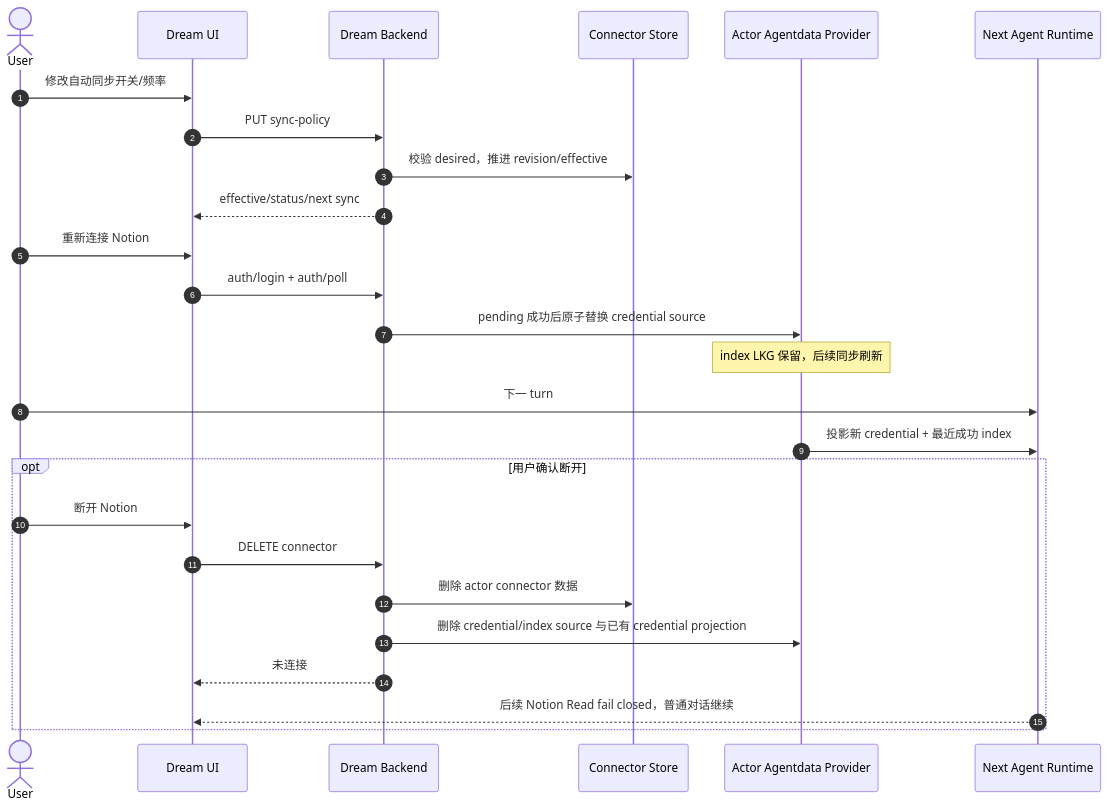
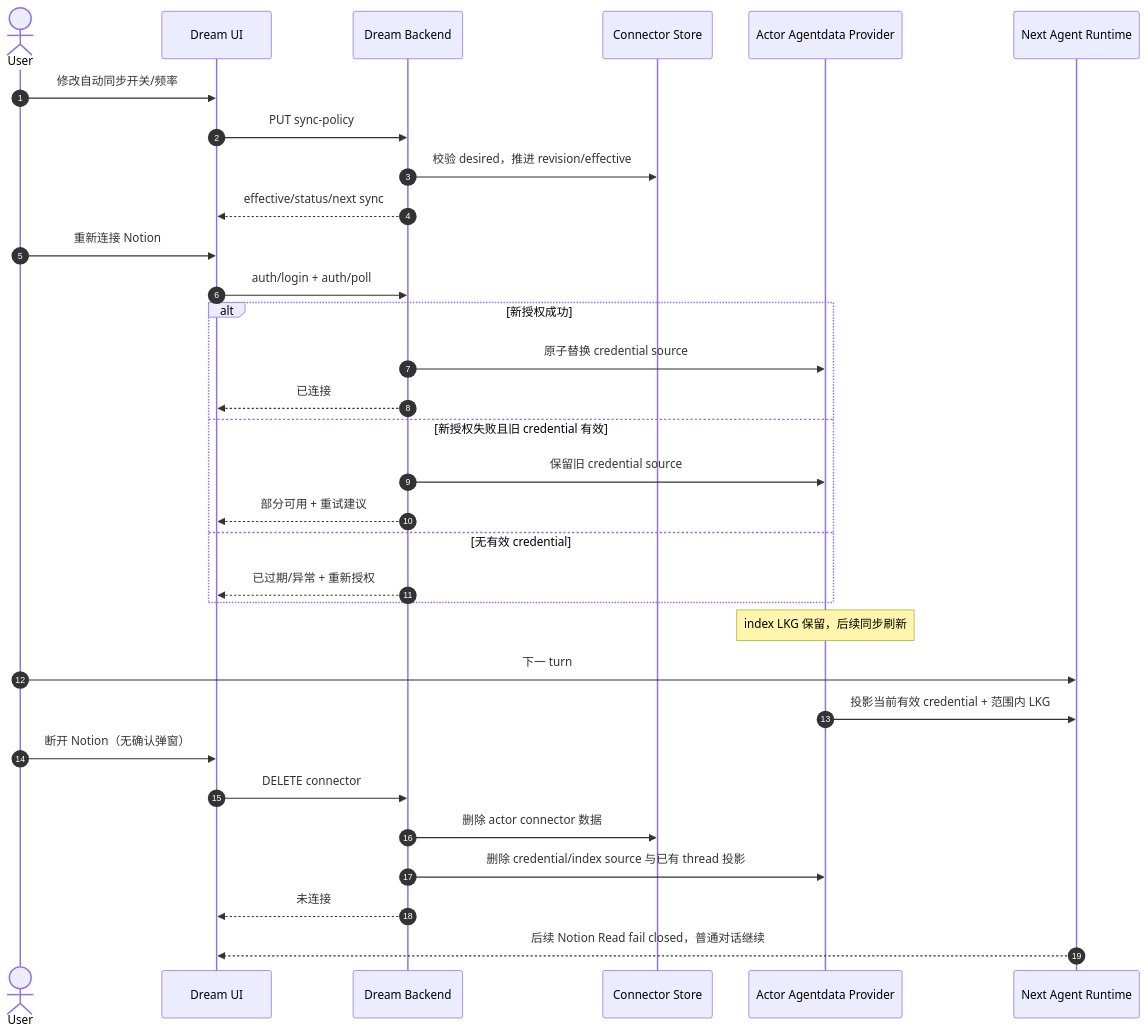
One commit to glide-the/im-dream changed the third of 3 diagrams in docs/design/notion-session/runtime-credential-and-skill-sequence.md. Above: the diagram before and after it, drawn with Mermaid. The commit also changed other lines of this file and 48 other files, not shown here.

First line of the commit message:
feat(notion): reconcile connector product and runtime flow

````diff
--- a/docs/design/notion-session/runtime-credential-and-skill-sequence.md
+++ b/docs/design/notion-session/runtime-credential-and-skill-sequence.md
@@ -107,31 +117,37 @@
 ```mermaid
 sequenceDiagram
     autonumber
     actor User
     participant UI as Dream UI
     participant Backend as Dream Backend
     participant Store as Connector Store
     participant Provider as Actor Agentdata Provider
     participant Runtime as Next Agent Runtime
 
     User->>UI: 修改自动同步开关/频率
     UI->>Backend: PUT sync-policy
     Backend->>Store: 校验 desired，推进 revision/effective
     Backend-->>UI: effective/status/next sync
 
     User->>UI: 重新连接 Notion
     UI->>Backend: auth/login + auth/poll
-    Backend->>Provider: pending 成功后原子替换 credential source
+    alt 新授权成功
+        Backend->>Provider: 原子替换 credential source
+        Backend-->>UI: 已连接
+    else 新授权失败且旧 credential 有效
+        Backend->>Provider: 保留旧 credential source
+        Backend-->>UI: 部分可用 + 重试建议
+    else 无有效 credential
+        Backend-->>UI: 已过期/异常 + 重新授权
+    end
     Note over Provider: index LKG 保留，后续同步刷新
     User->>Runtime: 下一 turn
-    Provider->>Runtime: 投影新 credential + 最近成功 index
+    Provider->>Runtime: 投影当前有效 credential + 范围内 LKG
 
-    opt 用户确认断开
-        User->>UI: 断开 Notion
-        UI->>Backend: DELETE connector
-        Backend->>Store: 删除 actor connector 数据
-        Backend->>Provider: 删除 credential/index source 与已有 credential projection
-        Backend-->>UI: 未连接
-        Runtime-->>UI: 后续 Notion Read fail closed，普通对话继续
-    end
+    User->>UI: 断开 Notion（无确认弹窗）
+    UI->>Backend: DELETE connector
+    Backend->>Store: 删除 actor connector 数据
+    Backend->>Provider: 删除 credential/index source 与已有 thread 投影
+    Backend-->>UI: 未连接
+    Runtime-->>UI: 后续 Notion Read fail closed，普通对话继续
 ```
````
